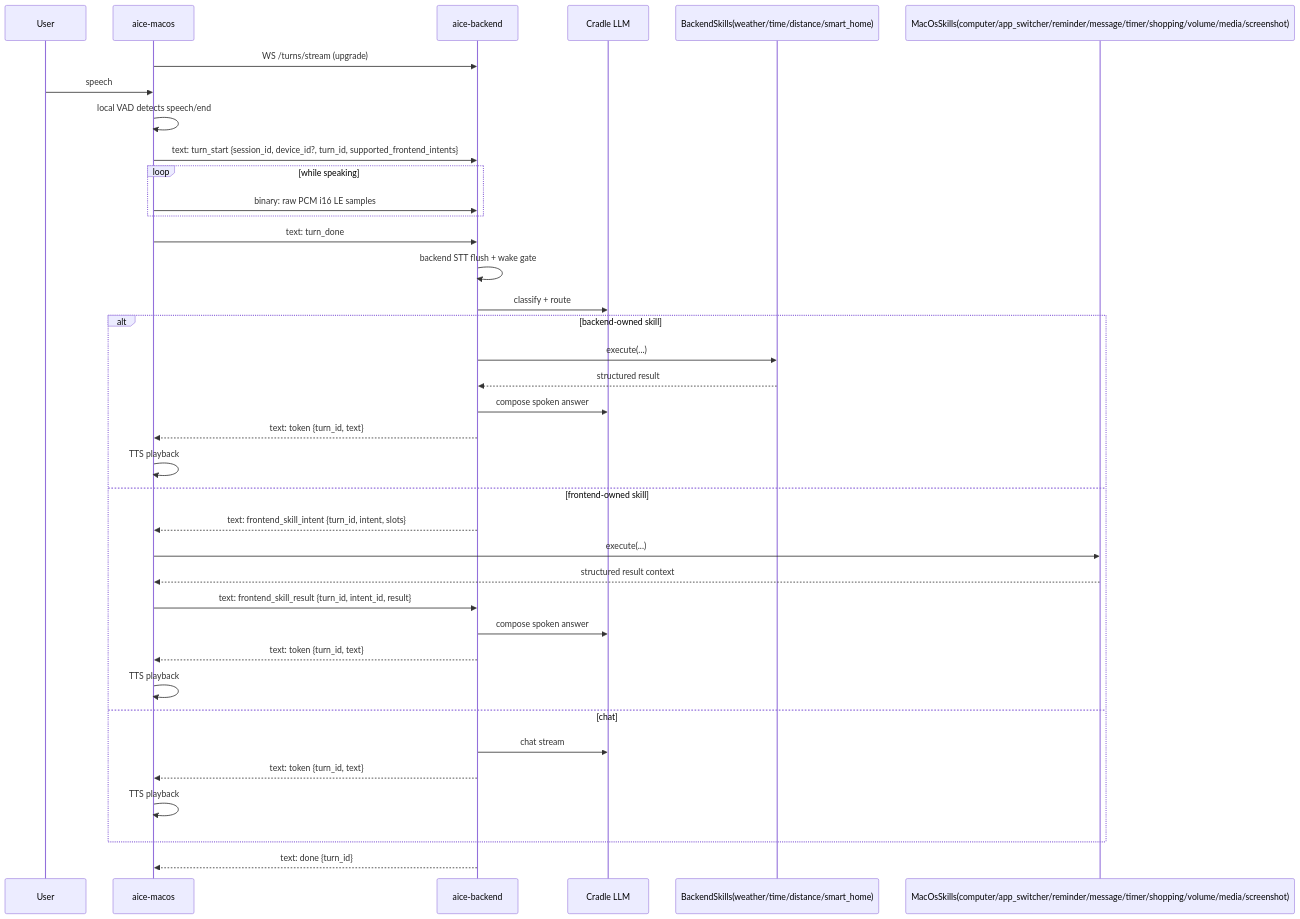
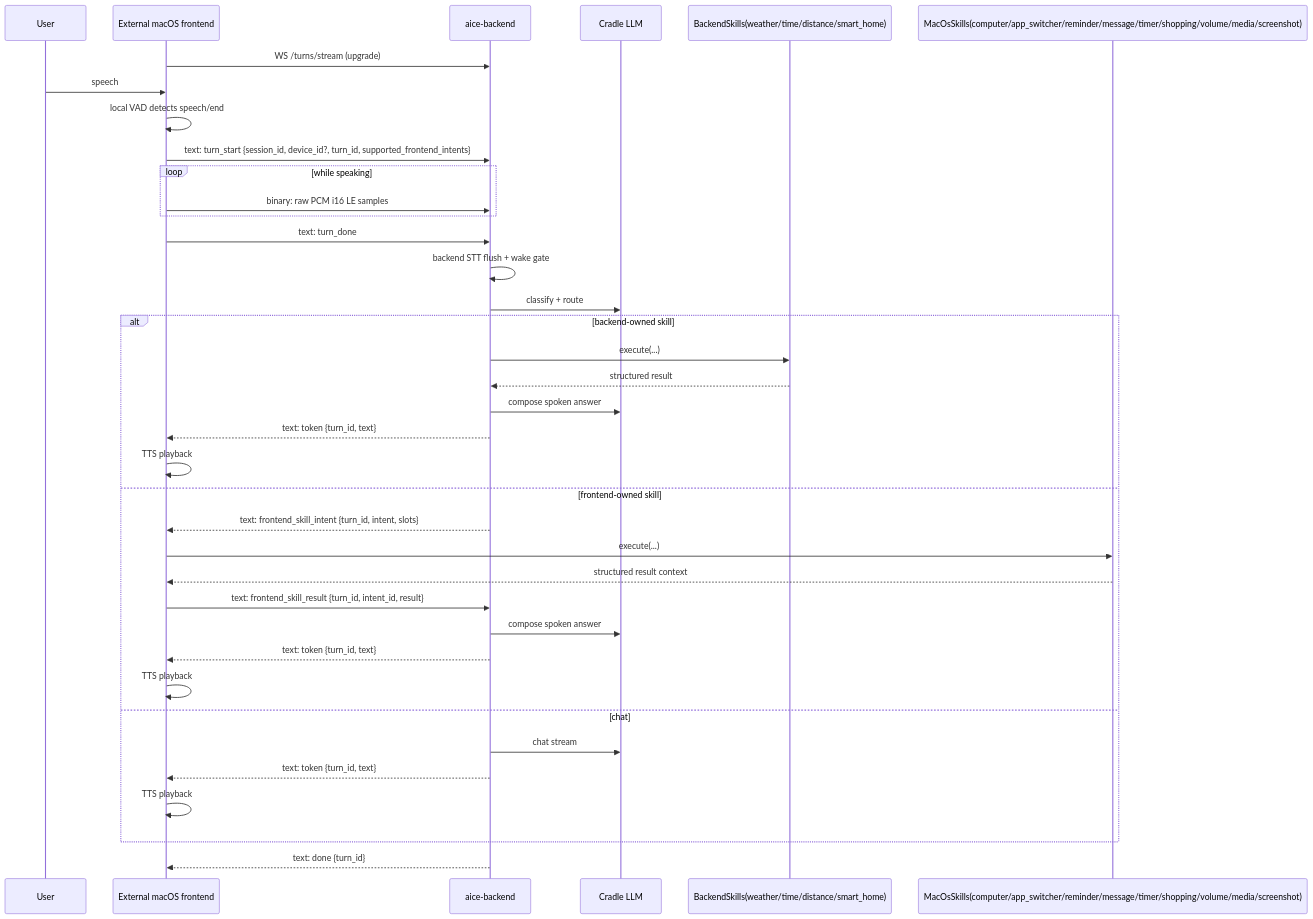
The ninth of 16 diagrams in docs/architecture/README.md (AncientiCe/aice), drawn with Mermaid before and after one commit. The commit also changed other lines of this file and 22 other files, not shown here.

Commit message:
Remove aice-macos frontend embedded here in favor of new repo

````diff
--- a/docs/architecture/README.md
+++ b/docs/architecture/README.md
@@ -255,40 +255,40 @@
 ```mermaid
 sequenceDiagram
     participant User
-    participant Mac as aice-macos
+    participant Mac as External macOS frontend
     participant Core as aice-backend
     participant LLM as Cradle LLM
     participant SkillB as BackendSkills(weather/time/distance/smart_home)
     participant SkillM as MacOsSkills(computer/app_switcher/reminder/message/timer/shopping/volume/media/screenshot)
 
     Mac->>Core: WS /turns/stream (upgrade)
     User->>Mac: speech
     Mac->>Mac: local VAD detects speech/end
     Mac->>Core: text: turn_start {session_id, device_id?, turn_id, supported_frontend_intents}
     loop while speaking
         Mac->>Core: binary: raw PCM i16 LE samples
     end
     Mac->>Core: text: turn_done
     Core->>Core: backend STT flush + wake gate
     Core->>LLM: classify + route
     alt backend-owned skill
         Core->>SkillB: execute(...)
         SkillB-->>Core: structured result
         Core->>LLM: compose spoken answer
         Core-->>Mac: text: token {turn_id, text}
         Mac->>Mac: TTS playback
     else frontend-owned skill
         Core-->>Mac: text: frontend_skill_intent {turn_id, intent, slots}
         Mac->>SkillM: execute(...)
         SkillM-->>Mac: structured result context
         Mac->>Core: text: frontend_skill_result {turn_id, intent_id, result}
         Core->>LLM: compose spoken answer
         Core-->>Mac: text: token {turn_id, text}
         Mac->>Mac: TTS playback
     else chat
         Core->>LLM: chat stream
         Core-->>Mac: text: token {turn_id, text}
         Mac->>Mac: TTS playback
     end
     Core-->>Mac: text: done {turn_id}
 ```
````
